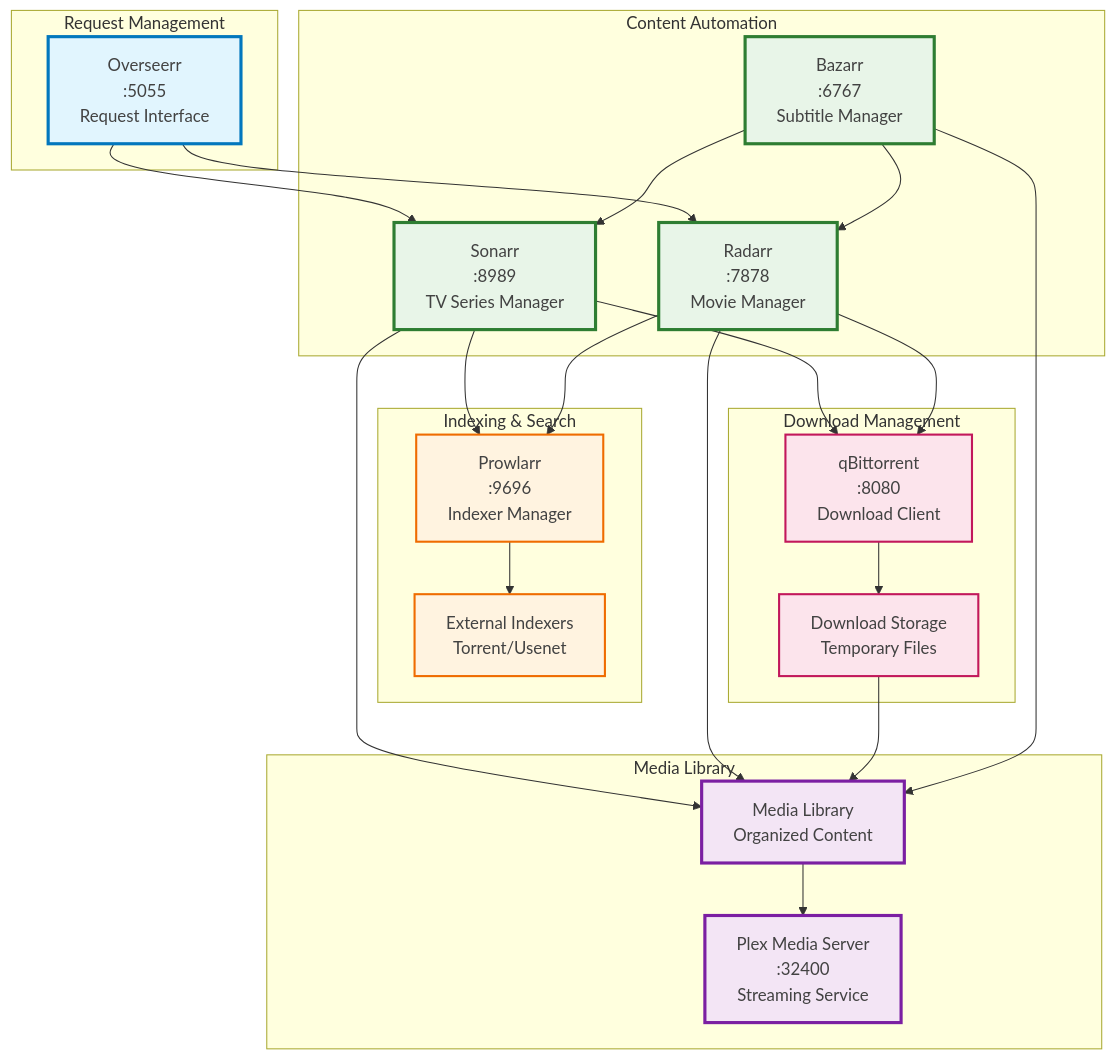
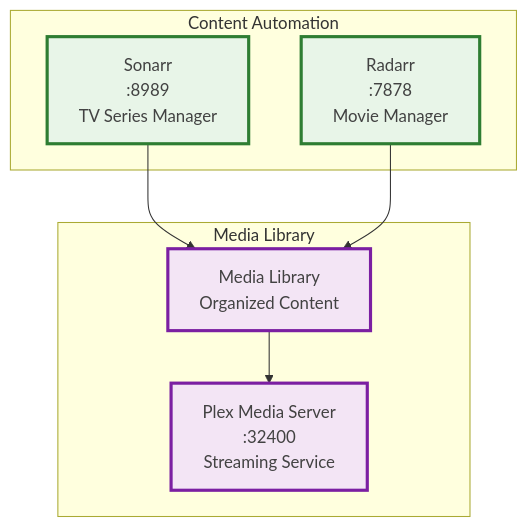
Before and after one commit to mkm29/registry: the diagram in docs/stacks/media.md, drawn with Mermaid. The commit also changed other lines of this file and 98 other files, not shown here.

````diff
--- a/docs/stacks/media.md
+++ b/docs/stacks/media.md
@@ -5,60 +5,23 @@
 ```mermaid
 graph TB
-    subgraph "Request Management"
-        Overseerr[Overseerr<br/>:5055<br/>Request Interface]
-    end
-
     subgraph "Content Automation"
         Sonarr[Sonarr<br/>:8989<br/>TV Series Manager]
         Radarr[Radarr<br/>:7878<br/>Movie Manager]
-        Bazarr[Bazarr<br/>:6767<br/>Subtitle Manager]
-    end
-
-    subgraph "Indexing & Search"
-        Prowlarr[Prowlarr<br/>:9696<br/>Indexer Manager]
-        Indexers[External Indexers<br/>Torrent/Usenet]
-    end
-
-    subgraph "Download Management"
-        qBittorrent[qBittorrent<br/>:8080<br/>Download Client]
-        Downloads[Download Storage<br/>Temporary Files]
     end
 
     subgraph "Media Library"
         Plex[Plex Media Server<br/>:32400<br/>Streaming Service]
         Library[Media Library<br/>Organized Content]
     end
 
-    Overseerr --> Sonarr
-    Overseerr --> Radarr
-
-    Sonarr --> Prowlarr
-    Radarr --> Prowlarr
-    Prowlarr --> Indexers
-
-    Sonarr --> qBittorrent
-    Radarr --> qBittorrent
-    qBittorrent --> Downloads
-
     Sonarr --> Library
     Radarr --> Library
-    Downloads --> Library
-
-    Bazarr --> Sonarr
-    Bazarr --> Radarr
-    Bazarr --> Library
 
     Library --> Plex
 
-    classDef request fill:#e1f5fe,stroke:#0277bd,stroke-width:3px,color:#424242
     classDef automation fill:#e8f5e8,stroke:#2e7d32,stroke-width:3px,color:#424242
-    classDef indexing fill:#fff3e0,stroke:#ef6c00,stroke-width:2px,color:#424242
-    classDef download fill:#fce4ec,stroke:#c2185b,stroke-width:2px,color:#424242
     classDef media fill:#f3e5f5,stroke:#7b1fa2,stroke-width:3px,color:#424242
 
-    class Overseerr request
-    class Sonarr,Radarr,Bazarr automation
-    class Prowlarr,Indexers indexing
-    class qBittorrent,Downloads download
+    class Sonarr,Radarr automation
     class Plex,Library media
 ```
````
